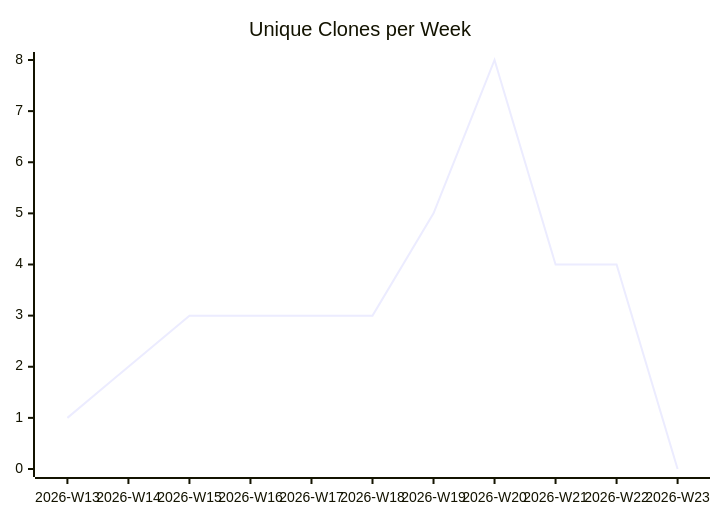
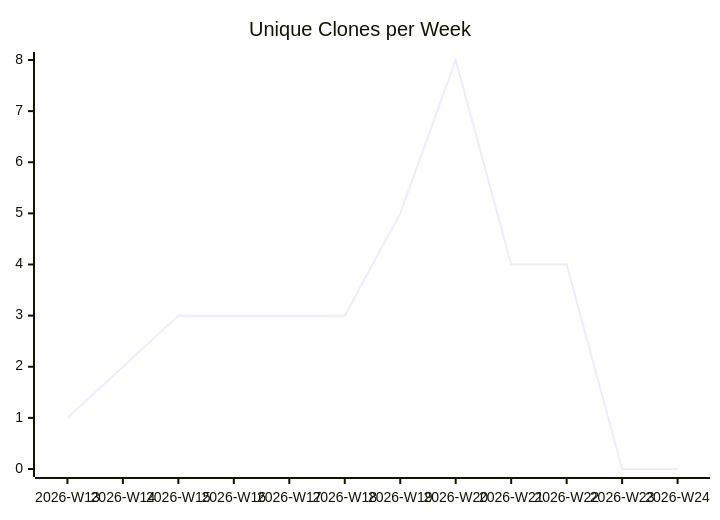
The third of 3 diagrams in karlmdavis/xmlpull/README.md (justdavis-family/github-analytics-data), drawn with Mermaid before and after one commit. The commit also changed other lines of this file and 189 other files, not shown here.

````diff
--- a/karlmdavis/xmlpull/README.md
+++ b/karlmdavis/xmlpull/README.md
@@ -19,6 +19,6 @@
 ```mermaid
 xychart-beta
   title "Unique Clones per Week"
-  x-axis ["2026-W13", "2026-W14", "2026-W15", "2026-W16", "2026-W17", "2026-W18", "2026-W19", "2026-W20", "2026-W21", "2026-W22", "2026-W23"]
-  line [1, 2, 3, 3, 3, 3, 5, 8, 4, 4, 0]
+  x-axis ["2026-W13", "2026-W14", "2026-W15", "2026-W16", "2026-W17", "2026-W18", "2026-W19", "2026-W20", "2026-W21", "2026-W22", "2026-W23", "2026-W24"]
+  line [1, 2, 3, 3, 3, 3, 5, 8, 4, 4, 0, 0]
 ```
````
